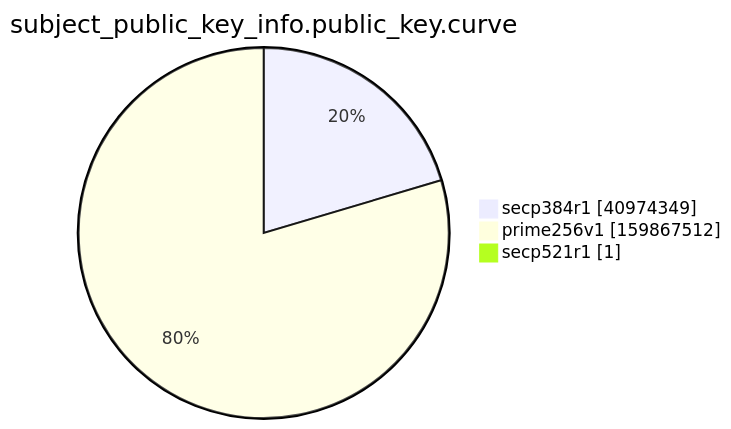
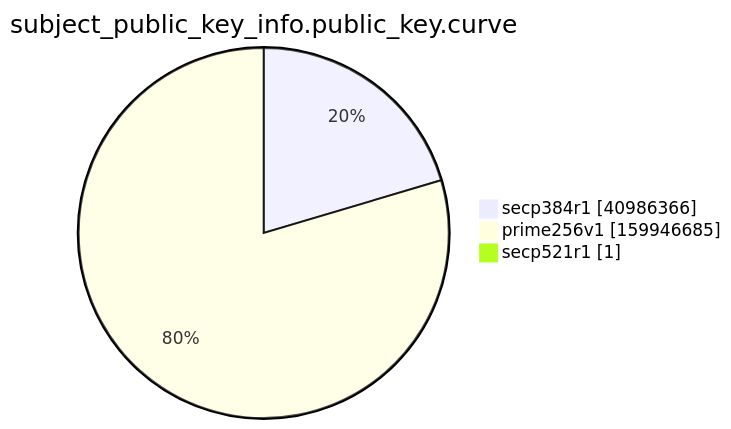
The ninth of 15 diagrams in xenon2022/README.md (christiankrug/ctmonitor_visualization), drawn with Mermaid before and after one commit. The commit also changed other lines of this file, not shown here.

````diff
--- a/xenon2022/README.md
+++ b/xenon2022/README.md
@@ -2868,7 +2868,7 @@
 ```mermaid
 pie showData
 title subject_public_key_info.public_key.curve
-"secp384r1" :40974349
-"prime256v1" :159867512
+"secp384r1" :40986366
+"prime256v1" :159946685
 "secp521r1" :1
 ```
````
